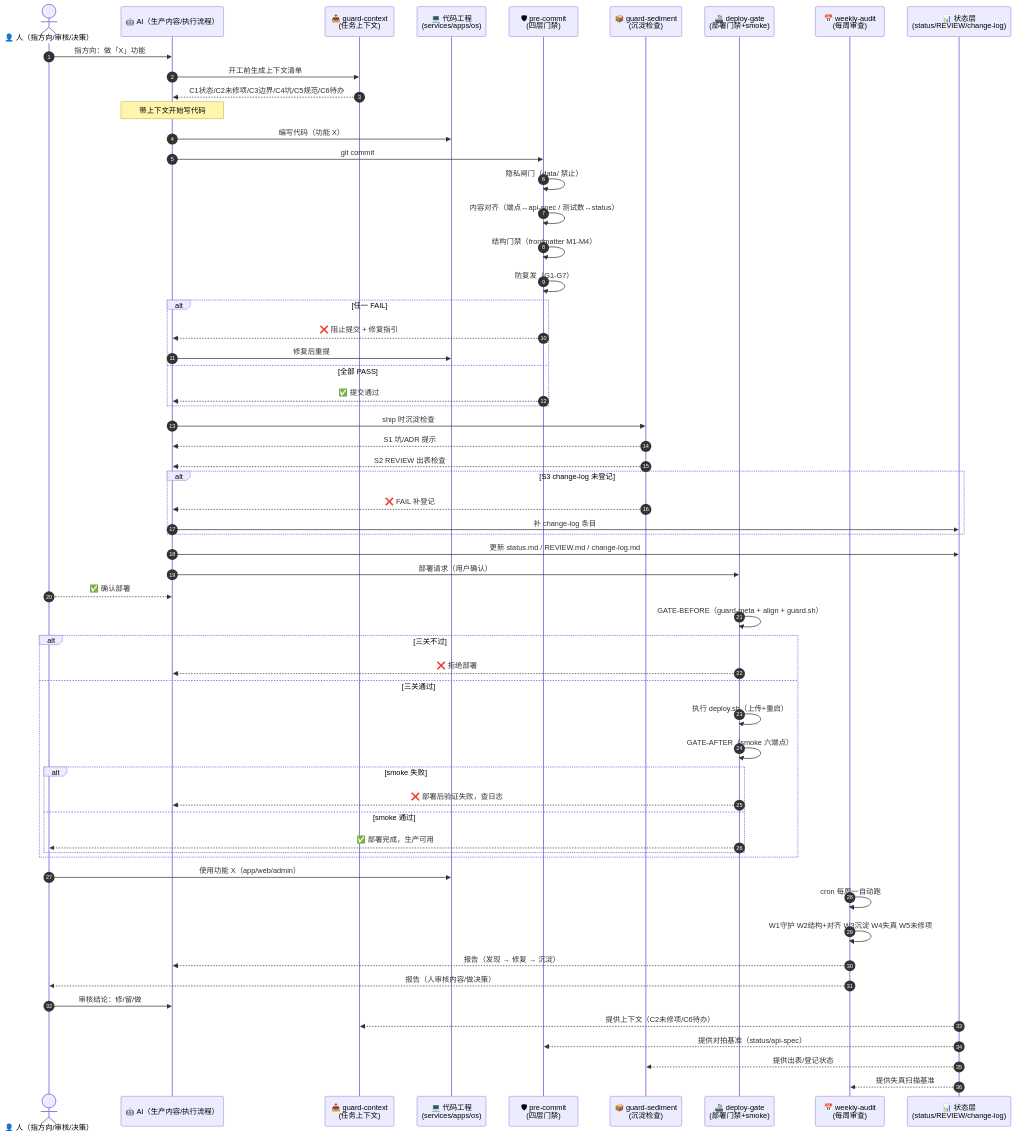
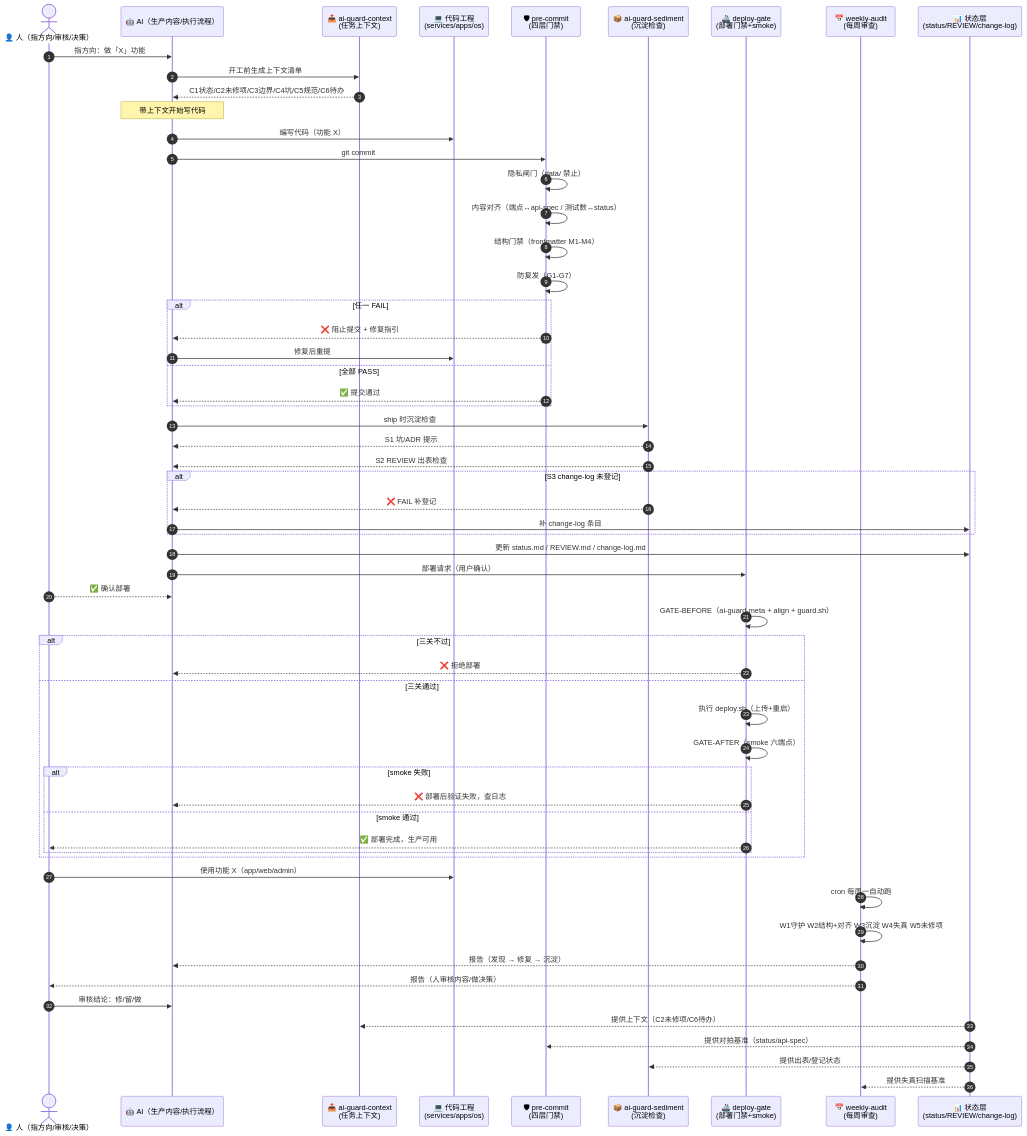
The diagram in .agents/method/pipeline-sequence.mmd (adaios/adaios), drawn with Mermaid before and after one commit. The commit also changed 144 other files, not shown here.

```diff
--- a/.agents/method/pipeline-sequence.mmd
+++ b/.agents/method/pipeline-sequence.mmd
@@ -1,79 +1,79 @@
 %% AdaiOS 功能生命周期时序图（Mermaid sequenceDiagram）
 %% 一个功能从「任务」到「上线」的完整交互顺序
 %% 渲染：Obsidian / GitHub / VS Code Mermaid 插件
 
 sequenceDiagram
     autonumber
     actor User as 👤 人（指方向/审核/决策）
     participant AI as 🤖 AI（生产内容/执行流程）
-    participant CTX as 📥 guard-context<br/>(任务上下文)
+    participant CTX as 📥 ai-guard-context<br/>(任务上下文)
     participant CODE as 💻 代码工程<br/>(services/apps/os)
     participant HOOK as 🛡 pre-commit<br/>(四层门禁)
-    participant SED as 📦 guard-sediment<br/>(沉淀检查)
+    participant SED as 📦 ai-guard-sediment<br/>(沉淀检查)
     participant GATE as 🚢 deploy-gate<br/>(部署门禁+smoke)
     participant WEEK as 📅 weekly-audit<br/>(每周审查)
     participant STATE as 📊 状态层<br/>(status/REVIEW/change-log)
 
     %% ① 任务规划（进攻侧）
     User->>AI: 指方向：做「X」功能
     AI->>CTX: 开工前生成上下文清单
     CTX-->>AI: C1状态/C2未修项/C3边界/C4坑/C5规范/C6待办
     Note over AI: 带上下文开始写代码
 
     %% ② 开发
     AI->>CODE: 编写代码（功能 X）
 
     %% ③ 提交门禁（防守侧）
     AI->>HOOK: git commit
     HOOK->>HOOK: 隐私闸门（data/ 禁止）
     HOOK->>HOOK: 内容对齐（端点↔api-spec / 测试数↔status）
     HOOK->>HOOK: 结构门禁（frontmatter M1-M4）
     HOOK->>HOOK: 防复发（G1-G7）
     alt 任一 FAIL
         HOOK-->>AI: ❌ 阻止提交 + 修复指引
         AI->>CODE: 修复后重提
     else 全部 PASS
         HOOK-->>AI: ✅ 提交通过
     end
 
     %% ④ 沉淀检查（进攻侧②③）
     AI->>SED: ship 时沉淀检查
     SED-->>AI: S1 坑/ADR 提示
     SED-->>AI: S2 REVIEW 出表检查
     alt S3 change-log 未登记
         SED-->>AI: ❌ FAIL 补登记
         AI->>STATE: 补 change-log 条目
     end
     AI->>STATE: 更新 status.md / REVIEW.md / change-log.md
 
     %% ⑤ 部署门禁（触发侧·最硬）
     AI->>GATE: 部署请求（用户确认）
     User-->>AI: ✅ 确认部署
-    GATE->>GATE: GATE-BEFORE（guard-meta + align + guard.sh）
+    GATE->>GATE: GATE-BEFORE（ai-guard-meta + align + guard.sh）
     alt 三关不过
         GATE-->>AI: ❌ 拒绝部署
     else 三关通过
         GATE->>GATE: 执行 deploy.sh（上传+重启）
         GATE->>GATE: GATE-AFTER（smoke 六端点）
         alt smoke 失败
             GATE-->>AI: ❌ 部署后验证失败，查日志
         else smoke 通过
             GATE-->>User: ✅ 部署完成，生产可用
         end
     end
 
     %% ⑥ 生产运行
     User->>CODE: 使用功能 X（app/web/admin）
 
     %% ⑦ 每周审查（旁路·防休眠）
     WEEK->>WEEK: cron 每周一自动跑
     WEEK->>WEEK: W1守护 W2结构+对齐 W3沉淀 W4失真 W5未修项
     WEEK-->>AI: 报告（发现 → 修复 → 沉淀）
     WEEK-->>User: 报告（人审核内容/做决策）
     User->>AI: 审核结论：修/留/做
 
     %% 状态层贯穿
     STATE-->>CTX: 提供上下文（C2未修项/C6待办）
     STATE-->>HOOK: 提供对拍基准（status/api-spec）
     STATE-->>SED: 提供出表/登记状态
     STATE-->>WEEK: 提供失真扫描基准
```
